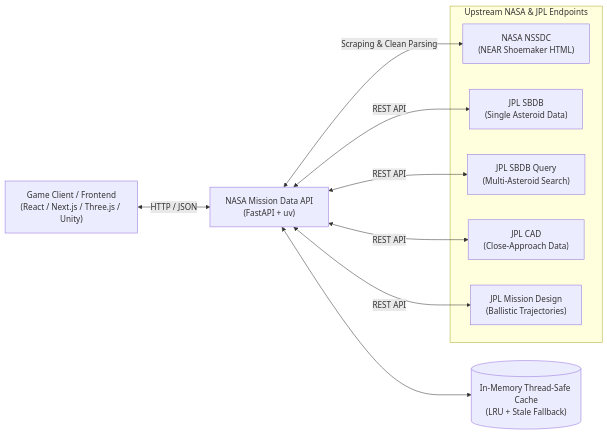
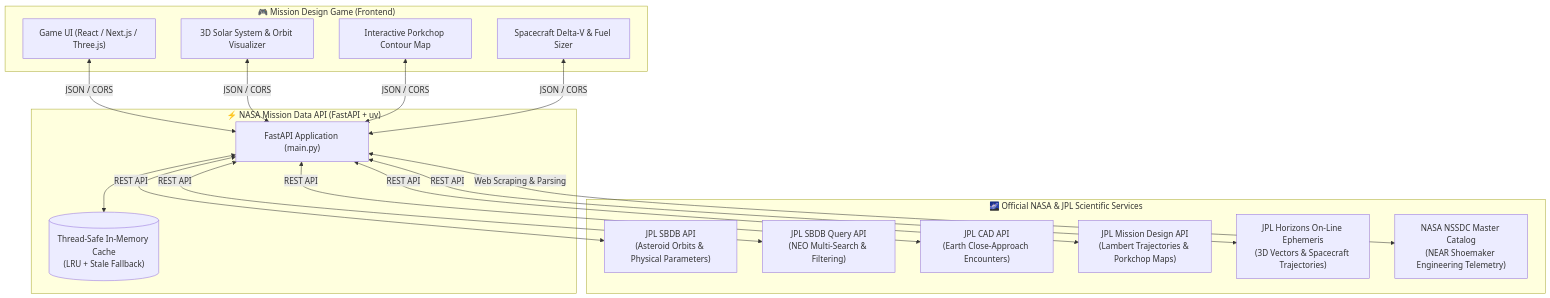
One commit to Mahbub0001/nasa-mission-data-api changed the diagram in README.md. Above: the diagram before and after it, drawn with Mermaid. The commit also changed other lines of this file, not shown here.

Commit message:
docs: enrich README with AI agent prompts, official NASA sources, and game mapping

````diff
--- a/README.md
+++ b/README.md
@@ -36,22 +31,36 @@
 ```mermaid
-flowchart LR
-    User["Game Client / Frontend\n(React / Next.js / Three.js / Unity)"]
-    API["NASA Mission Data API\n(FastAPI + uv)"]
-    Cache[("In-Memory Thread-Safe Cache\n(LRU + Stale Fallback)")]
-    
-    subgraph NASA_JPL["Upstream NASA & JPL Endpoints"]
-        NSSDC["NASA NSSDC\n(NEAR Shoemaker HTML)"]
-        SBDB["JPL SBDB\n(Single Asteroid Data)"]
-        SBDB_Q["JPL SBDB Query\n(Multi-Asteroid Search)"]
-        CAD["JPL CAD\n(Close-Approach Data)"]
-        MDESIGN["JPL Mission Design\n(Ballistic Trajectories)"]
+flowchart TD
+    subgraph Frontend["🎮 Mission Design Game (Frontend)"]
+        UI["Game UI (React / Next.js / Three.js)"]
+        Orbit3D["3D Solar System & Orbit Visualizer"]
+        PorkchopPlot["Interactive Porkchop Contour Map"]
+        Engine["Spacecraft Delta-V & Fuel Sizer"]
     end
 
-    User <-->|HTTP / JSON| API
-    API <--> Cache
-    API <-->|Scraping & Clean Parsing| NSSDC
-    API <-->|REST API| SBDB
-    API <-->|REST API| SBDB_Q
-    API <-->|REST API| CAD
-    API <-->|REST API| MDESIGN
+    subgraph Backend["⚡ NASA Mission Data API (FastAPI + uv)"]
+        Cache[("Thread-Safe In-Memory Cache\n(LRU + Stale Fallback)")]
+        Router["FastAPI Application (main.py)"]
+    end
+
+    subgraph NASA_JPL["🌌 Official NASA & JPL Scientific Services"]
+        SBDB["JPL SBDB API\n(Asteroid Orbits & Physical Parameters)"]
+        SBDB_Q["JPL SBDB Query API\n(NEO Multi-Search & Filtering)"]
+        CAD["JPL CAD API\n(Earth Close-Approach Encounters)"]
+        MDESIGN["JPL Mission Design API\n(Lambert Trajectories & Porkchop Maps)"]
+        HORIZONS["JPL Horizons On-Line Ephemeris\n(3D Vectors & Spacecraft Trajectories)"]
+        NSSDC["NASA NSSDC Master Catalog\n(NEAR Shoemaker Engineering Telemetry)"]
+    end
+
+    UI <-->|JSON / CORS| Router
+    Orbit3D <-->|JSON / CORS| Router
+    PorkchopPlot <-->|JSON / CORS| Router
+    Engine <-->|JSON / CORS| Router
+
+    Router <--> Cache
+    Router <-->|REST API| SBDB
+    Router <-->|REST API| SBDB_Q
+    Router <-->|REST API| CAD
+    Router <-->|REST API| MDESIGN
+    Router <-->|REST API| HORIZONS
+    Router <-->|Web Scraping & Parsing| NSSDC
 ```
````
